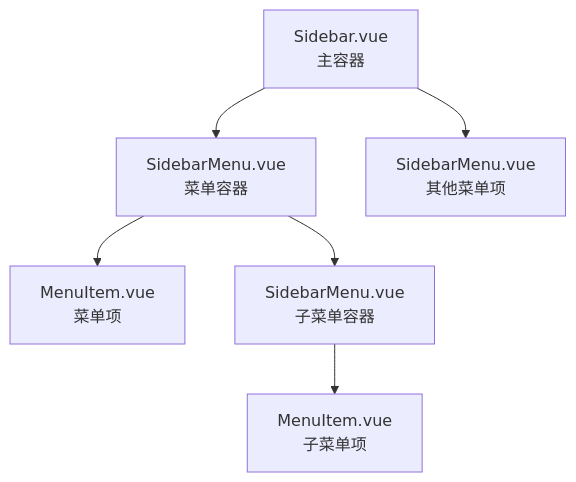
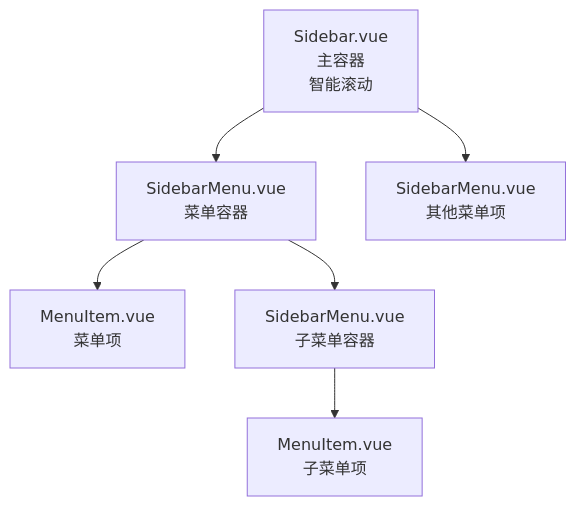
Before and after one commit to terwer/siyuan-plugin-blog: the seventh of 11 diagrams in .qoder/repowiki/zh/content/核心功能/UI 组件系统/UI 组件系统.md, drawn with Mermaid. The commit also changed other lines of this file and 2 other files, not shown here.

Commit message:
docs(UI 组件系统): add smart auto-scroll feature to Sidebar component

````diff
--- a/.qoder/repowiki/zh/content/核心功能/UI 组件系统/UI 组件系统.md
+++ b/.qoder/repowiki/zh/content/核心功能/UI 组件系统/UI 组件系统.md
@@ -425,8 +438,8 @@
 ```mermaid
 graph TB
-S["Sidebar.vue<br/>主容器"] --> SM["SidebarMenu.vue<br/>菜单容器"]
+S["Sidebar.vue<br/>主容器<br/>智能滚动"] --> SM["SidebarMenu.vue<br/>菜单容器"]
 SM --> MI["MenuItem.vue<br/>菜单项"]
 SM --> SM2["SidebarMenu.vue<br/>子菜单容器"]
 SM2 --> MI2["MenuItem.vue<br/>子菜单项"]
 S --> SM3["SidebarMenu.vue<br/>其他菜单项"]
 ```
````
